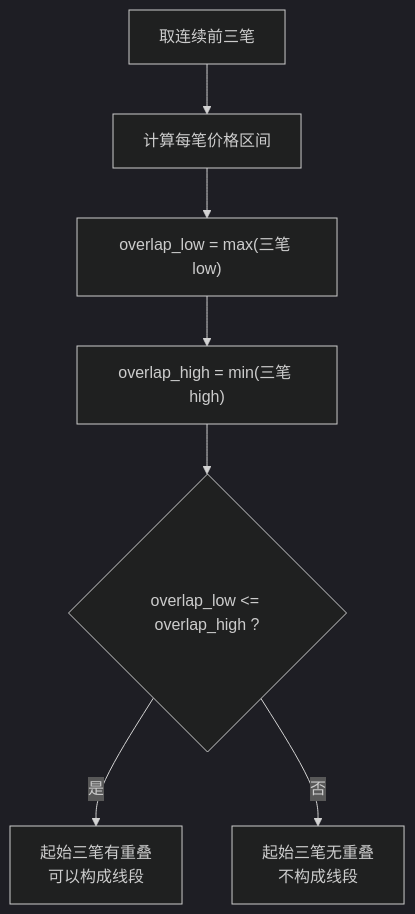
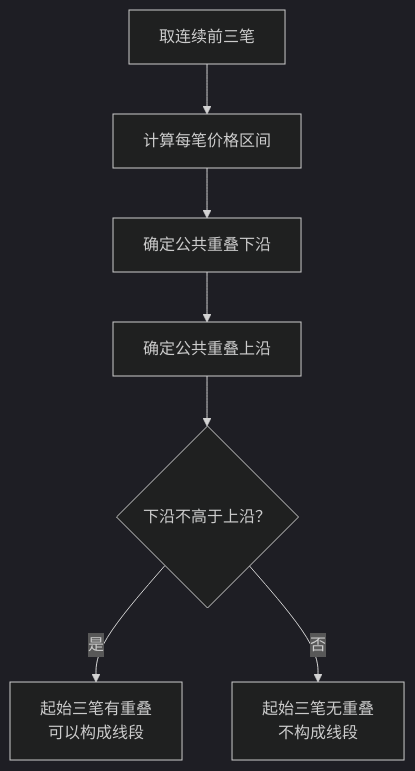
Before and after one commit to shenjee/stockpilot: the third of 9 diagrams in docs/stock_technical_concepts.zh.md, drawn with Mermaid (dark theme). The commit also changed other lines of this file, not shown here.

````diff
--- a/docs/stock_technical_concepts.zh.md
+++ b/docs/stock_technical_concepts.zh.md
@@ -80,9 +69,9 @@
 ```mermaid
 flowchart TD
     A["取连续前三笔"] --> B["计算每笔价格区间"]
-    B --> C["overlap_low = max(三笔 low)"]
-    C --> D["overlap_high = min(三笔 high)"]
-    D --> E{"overlap_low <= overlap_high ?"}
+    B --> C["确定公共重叠下沿"]
+    C --> D["确定公共重叠上沿"]
+    D --> E{"下沿不高于上沿？"}
     E -- "是" --> F["起始三笔有重叠<br/>可以构成线段"]
     E -- "否" --> G["起始三笔无重叠<br/>不构成线段"]
 ```
````
